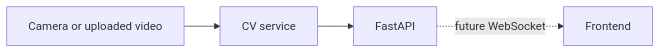
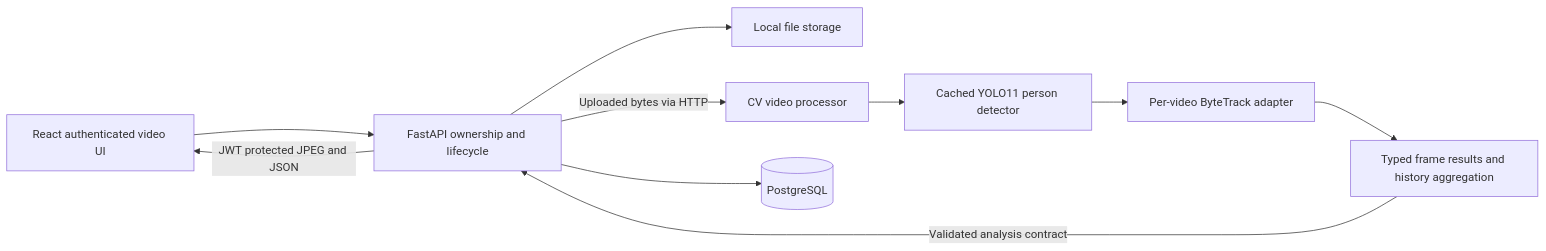
Before and after one commit to siya-shetty/crowd-monitoring-system: the diagram in docs/architecture.md, drawn with Mermaid. The commit also changed other lines of this file and 35 other files, not shown here.

Commit message:
Phase 5: ByteTrack multi-object tracking

````diff
--- a/docs/architecture.md
+++ b/docs/architecture.md
@@ -13,6 +5,12 @@
 ```mermaid
 flowchart LR
-  C[Camera or uploaded video] --> CV[CV service]
-  CV --> B[FastAPI]
-  B -. future WebSocket .-> F[Frontend]
+  F[React authenticated video UI] --> B[FastAPI ownership and lifecycle]
+  B --> S[Local file storage]
+  B -->|Uploaded bytes via HTTP| CV[CV video processor]
+  CV --> D[Cached YOLO11 person detector]
+  D --> T[Per-video ByteTrack adapter]
+  T --> A[Typed frame results and history aggregation]
+  A -->|Validated analysis contract| B
+  B --> P[(PostgreSQL)]
+  B -->|JWT protected JPEG and JSON| F
 ```
````
